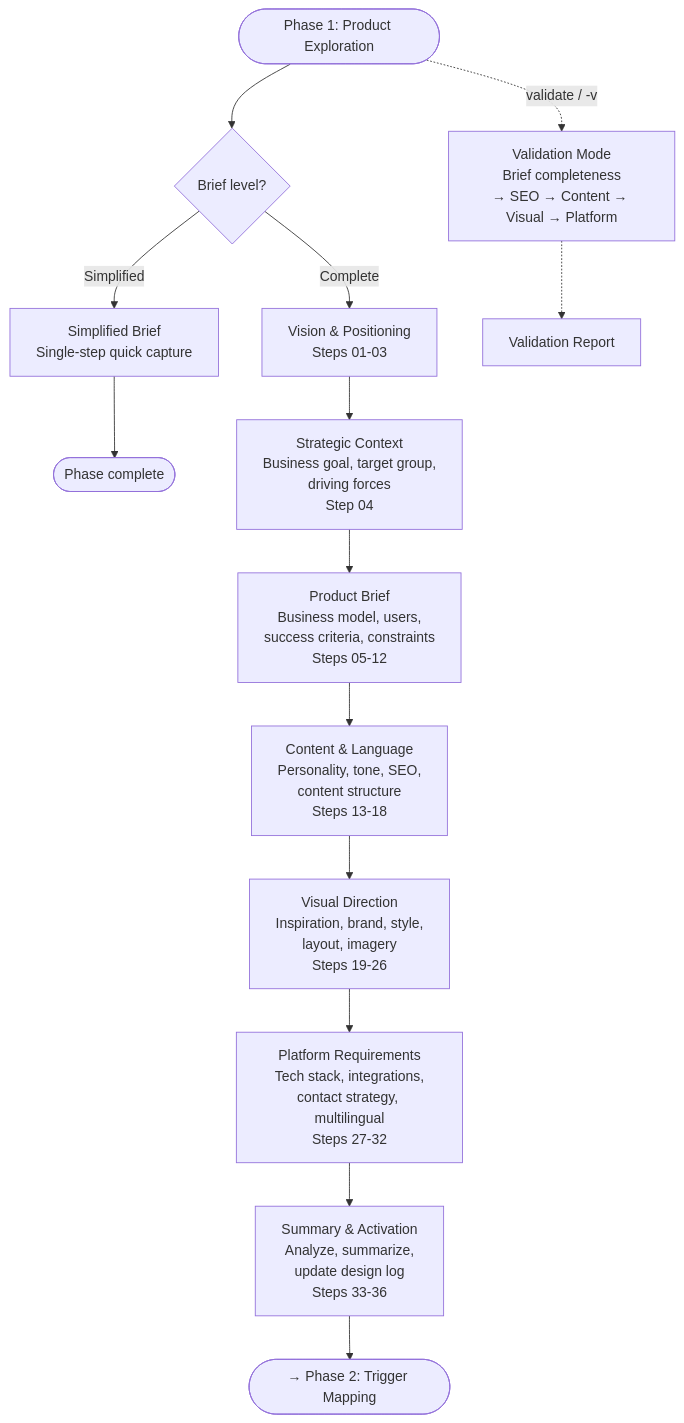
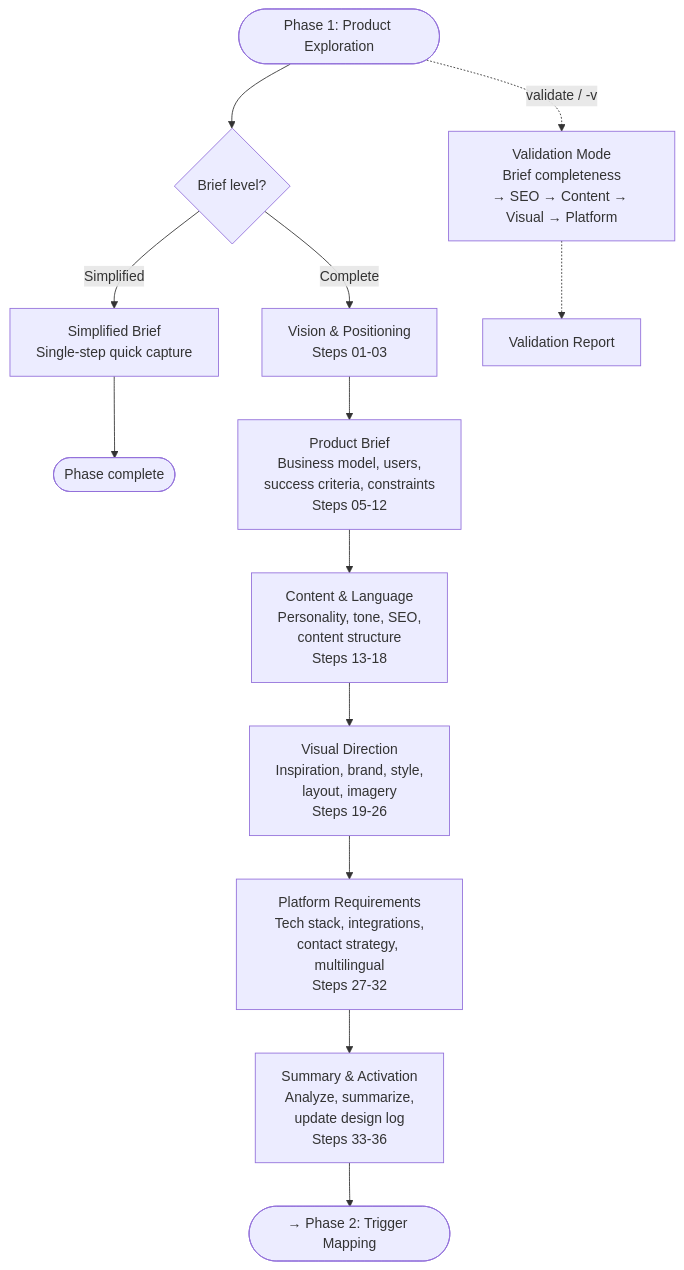
Before and after one commit to bmad-code-org/BMAD-METHOD: the diagram in docs/method/phase-1-product-exploration-guide.md, drawn with Mermaid. The commit also changed other lines of this file and 1 other file, not shown here.

````diff
--- a/docs/method/phase-1-product-exploration-guide.md
+++ b/docs/method/phase-1-product-exploration-guide.md
@@ -38,20 +35,19 @@
 ```mermaid
 flowchart TD
     START(["Phase 1: Product Exploration"]) --> MODE{Brief level?}
 
     MODE -->|Simplified| SIMPLE["Simplified Brief\nSingle-step quick capture"]
     MODE -->|Complete| VISION["Vision & Positioning\nSteps 01-03"]
 
     SIMPLE --> DONE([Phase complete])
 
-    VISION --> CONTEXT["Strategic Context\nBusiness goal, target group,\ndriving forces\nStep 04"]
-    CONTEXT --> BRIEF["Product Brief\nBusiness model, users,\nsuccess criteria, constraints\nSteps 05-12"]
+    VISION --> BRIEF["Product Brief\nBusiness model, users,\nsuccess criteria, constraints\nSteps 05-12"]
     BRIEF --> CONTENT["Content & Language\nPersonality, tone, SEO,\ncontent structure\nSteps 13-18"]
     CONTENT --> VISUAL["Visual Direction\nInspiration, brand, style,\nlayout, imagery\nSteps 19-26"]
     VISUAL --> PLATFORM["Platform Requirements\nTech stack, integrations,\ncontact strategy, multilingual\nSteps 27-32"]
     PLATFORM --> SUMMARY["Summary & Activation\nAnalyze, summarize,\nupdate design log\nSteps 33-36"]
     SUMMARY --> PHASE2(["→ Phase 2: Trigger Mapping"])
 
     START -.->|"validate / -v"| VALIDATE["Validation Mode\nBrief completeness\n→ SEO → Content → Visual → Platform"]
     VALIDATE -.-> REPORT["Validation Report"]
 ```
````
